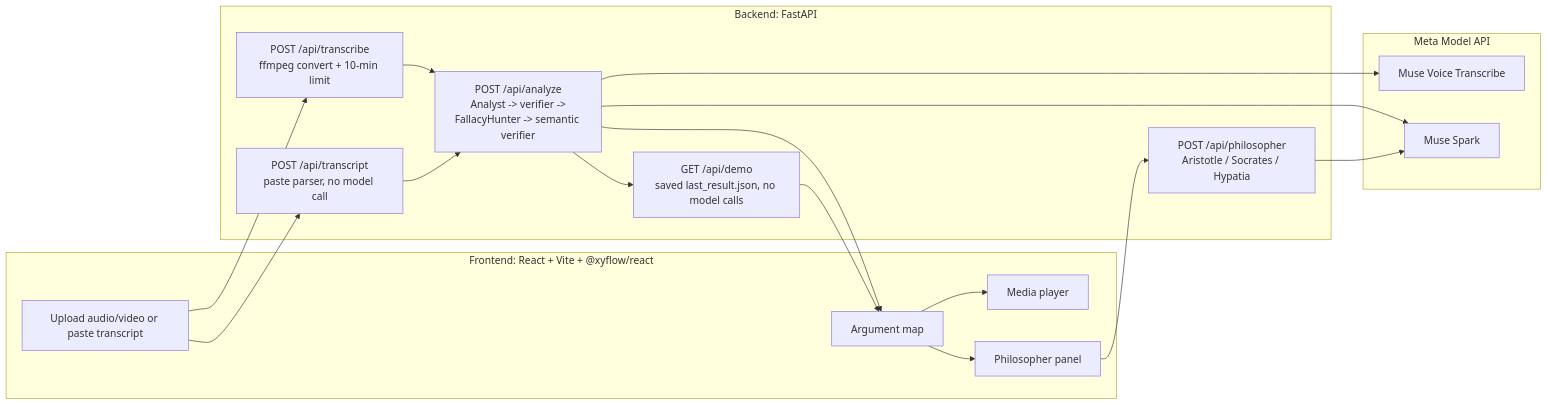
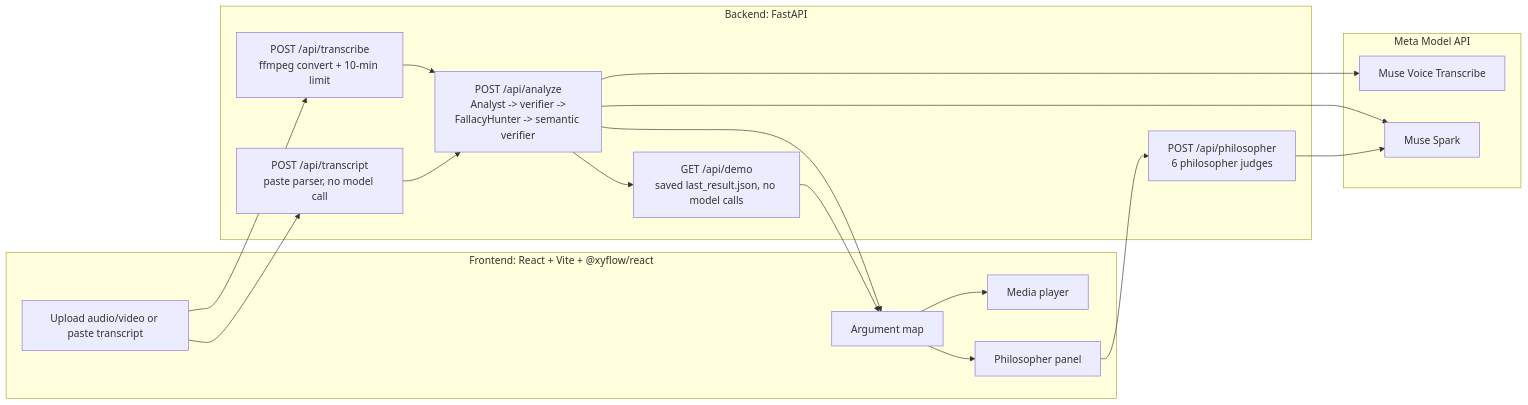
The diagram in README.md (emrebalic/Hypatia), drawn with Mermaid before and after one commit. The commit also changed other lines of this file and 93 other files, not shown here.

Commit message:
learn panel, six philosopher judges, robustness fixes and aubergine redesign

````diff
--- a/README.md
+++ b/README.md
@@ -26,33 +27,33 @@
 ```mermaid
 flowchart LR
     subgraph UI [Frontend: React + Vite + @xyflow/react]
         Intake[Upload audio/video or paste transcript]
         Player[Media player]
         Map[Argument map]
         Phil[Philosopher panel]
     end
     subgraph API [Backend: FastAPI]
         TR[POST /api/transcribe<br/>ffmpeg convert + 10-min limit]
         TP[POST /api/transcript<br/>paste parser, no model call]
         AN[POST /api/analyze<br/>Analyst -> verifier -><br/>FallacyHunter -> semantic verifier]
-        PH[POST /api/philosopher<br/>Aristotle / Socrates / Hypatia]
+        PH[POST /api/philosopher<br/>6 philosopher judges]
         DM[GET /api/demo<br/>saved last_result.json, no model calls]
     end
     subgraph META [Meta Model API]
         TX[Muse Voice Transcribe]
         SP[Muse Spark]
     end
     Intake --> TR
     Intake --> TP
     TR --> AN
     TP --> AN
     AN --> TX
     AN --> SP
     AN --> DM
     AN --> Map
     Map --> Player
     Map --> Phil
     Phil --> PH
     PH --> SP
     DM --> Map
 ```
````
